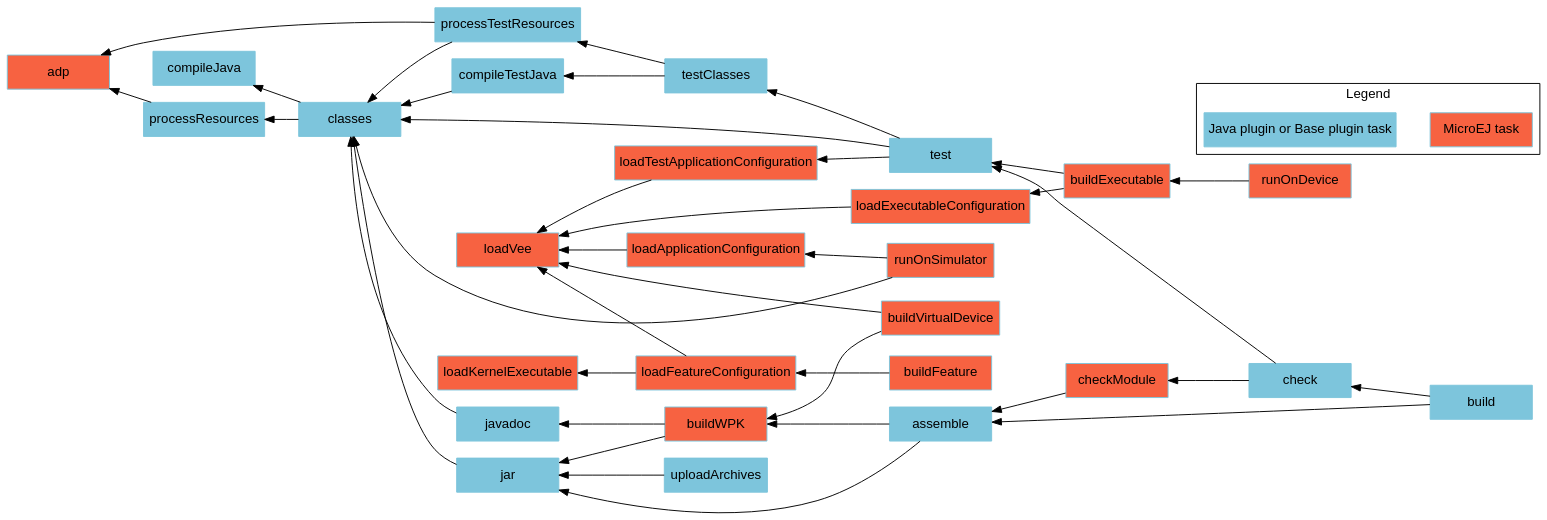
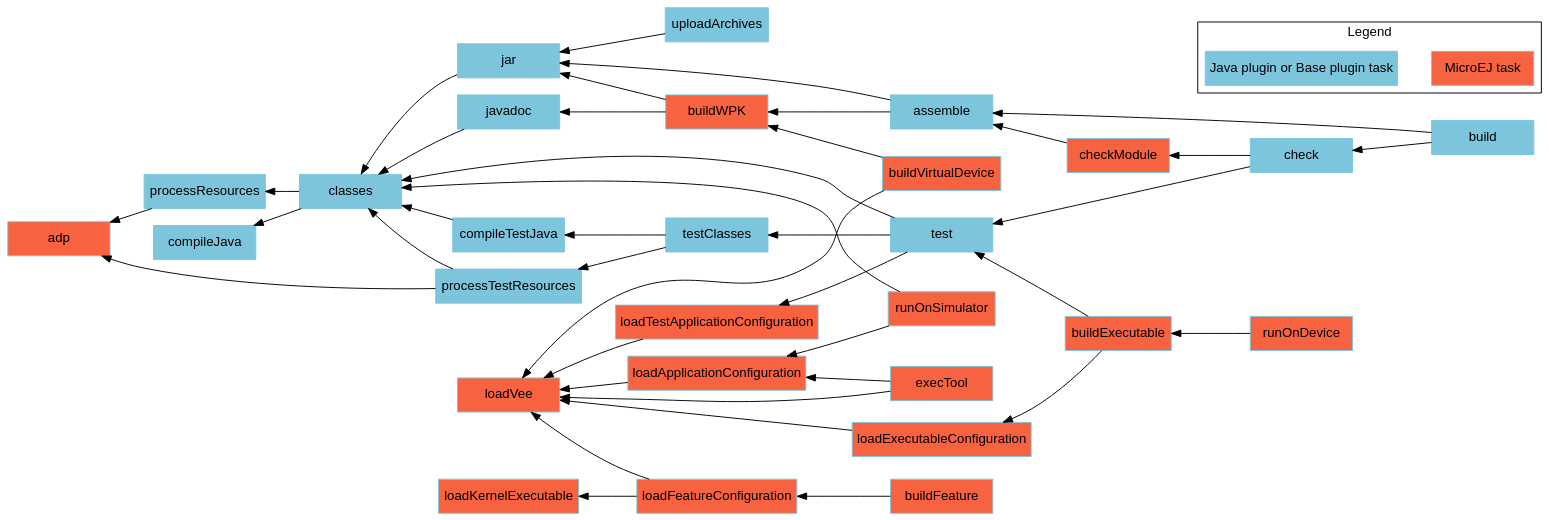
One commit to MicroEJ/docs changed the diagram in SDK6UserGuide/graphApplicationModule.dot. Above: the diagram before and after it, drawn with Graphviz. The commit also changed 2 other files, not shown here.

Commit message:
document Mock plugin and execTool task in moduleNatures page

```diff
--- a/SDK6UserGuide/graphApplicationModule.dot
+++ b/SDK6UserGuide/graphApplicationModule.dot
@@ -1,71 +1,74 @@
 digraph mygraph {
     rankdir="RL";
     bgcolor="transparent"
     fontname="Helvetica,Arial,sans-serif"
     node [
         shape = box
         width = 1.5
         color = "#7dc5dc"
         style = filled
         fontname="Helvetica,Arial,sans-serif"
     ]
     edge [fontname="Helvetica,Arial,sans-serif"]
     "adp" [fillcolor = "#f76241"]
     "checkModule" [fillcolor = "#f76241"]
     "loadKernelExecutable" [fillcolor = "#f76241"]
     "loadVee" [fillcolor = "#f76241"]
     "loadApplicationConfiguration" [fillcolor = "#f76241"]
     "loadExecutableConfiguration" [fillcolor = "#f76241"] 
     "loadFeatureConfiguration" [fillcolor = "#f76241"]
     "loadTestApplicationConfiguration" [fillcolor = "#f76241"]
     "runOnSimulator" [fillcolor = "#f76241"]
     "buildWPK" [fillcolor = "#f76241"]
     "buildExecutable" [fillcolor = "#f76241"]
     "buildVirtualDevice" [fillcolor = "#f76241"]
     "buildFeature" [fillcolor = "#f76241"]
     "runOnDevice" [fillcolor = "#f76241"]
+    "execTool" [fillcolor = "#f76241"]
     "build" -> "check"
     "check" -> "test"
     "test" -> "classes"
     "test" -> "testClasses"
     "test" -> "loadTestApplicationConfiguration"
     "testClasses" -> "compileTestJava"
     "testClasses" -> "processTestResources"
     "loadTestApplicationConfiguration" -> "loadVee"
     "processResources" -> "adp"
     "processTestResources" -> "adp"
     "processTestResources" -> "classes"
     "compileTestJava" -> "classes"
     "javadoc" -> "classes"
     "classes" -> "compileJava"
     "classes" -> "processResources"
     "build" -> "assemble"
     "assemble" -> "jar"
     "assemble" -> "buildWPK"
     "uploadArchives" -> "jar"
     "jar" -> "classes"
     "runOnSimulator" -> "classes"
     "runOnSimulator" -> "loadApplicationConfiguration"
     "loadApplicationConfiguration" -> "loadVee"
     "checkModule" -> "assemble"
     "check" -> "checkModule"
     "buildWPK" -> "jar"
     "buildWPK" -> "javadoc"
     "buildExecutable" -> "test"
     "buildExecutable" -> "loadExecutableConfiguration"
     "loadExecutableConfiguration" -> "loadVee"
     "buildVirtualDevice" -> "loadVee"
     "buildVirtualDevice" -> "buildWPK"
     "buildFeature" -> "loadFeatureConfiguration"
     "loadFeatureConfiguration" -> "loadKernelExecutable"
     "loadFeatureConfiguration" -> "loadVee"
     "runOnDevice" -> "buildExecutable"
+    "execTool" -> "loadApplicationConfiguration"
+    "execTool" -> "loadVee"
 
     subgraph cluster_legend {
         label="Legend";
         microej [fillcolor="#f76241" label="MicroEJ task"];
         java [fillcolor="#7dc5dc" label="Java plugin or Base plugin task"];
         microej -> java [style=invis];
         java -> microej [style=invis];
     }
 }
```
